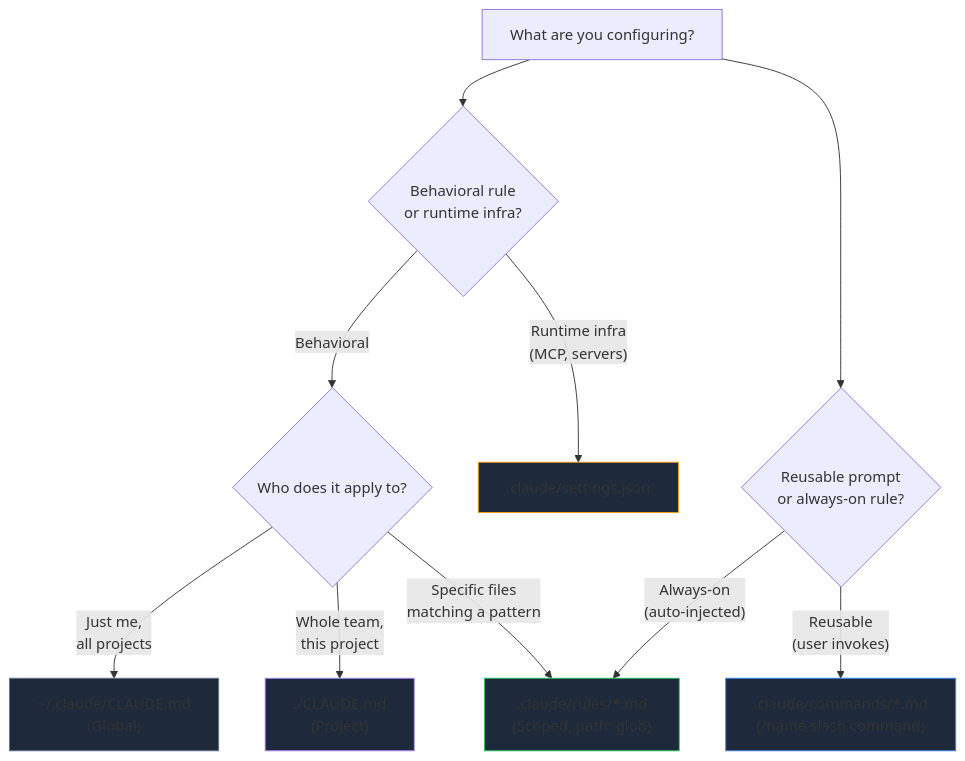
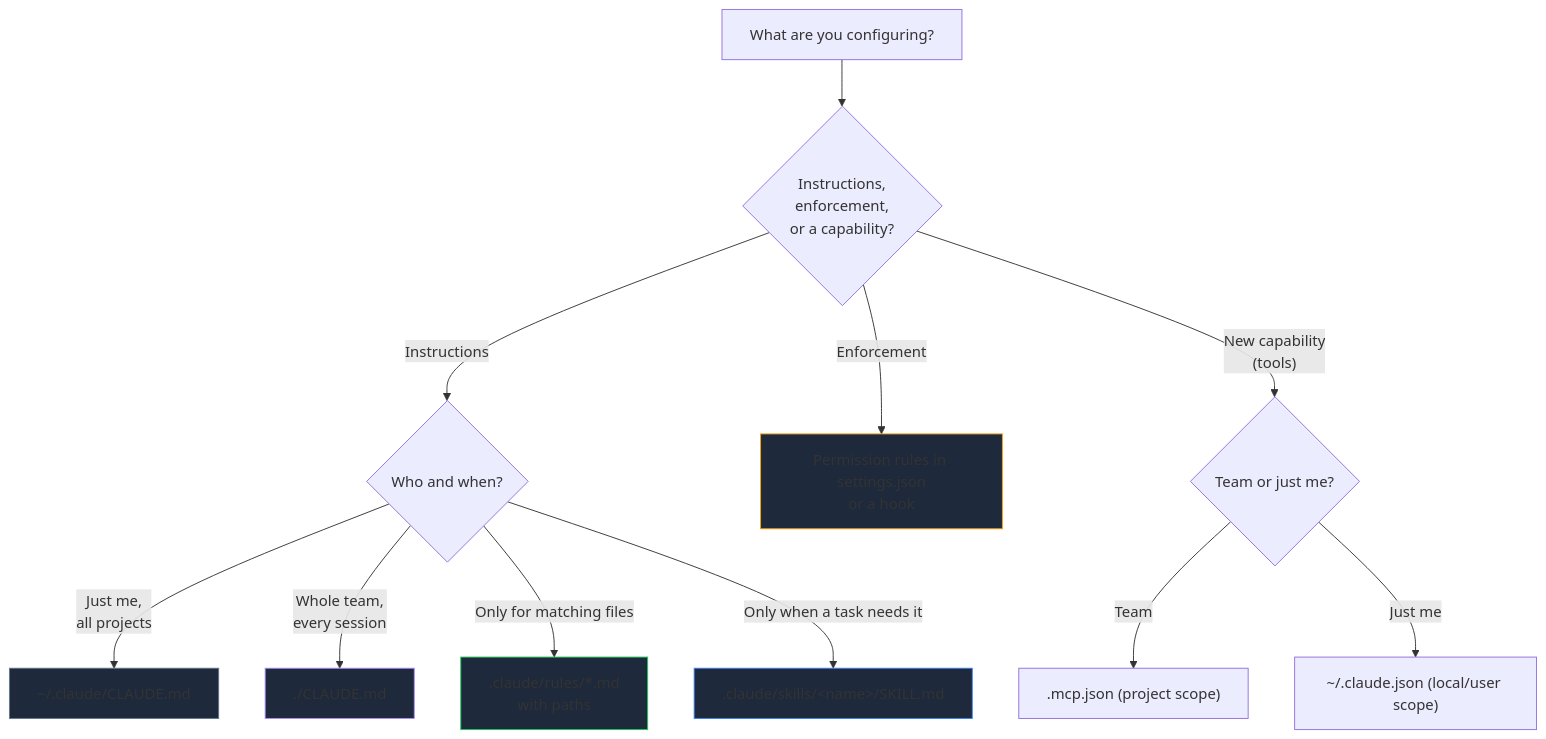
The second of 3 diagrams in content/skillup/ccaf/notes/d2-claude-code-config.md (ajeetchouksey/ajch_skillup), drawn with Mermaid before and after one commit. The commit also changed other lines of this file and 157 other files, not shown here.

````diff
--- a/content/skillup/ccaf/notes/d2-claude-code-config.md
+++ b/content/skillup/ccaf/notes/d2-claude-code-config.md
@@ -540,20 +415,20 @@
 ```mermaid
 flowchart TD
-    Q["What are you configuring?"] --> B1{"Behavioral rule<br/>or runtime infra?"}
-    B1 -->|"Behavioral"| B2{"Who does it apply to?"}
-    B1 -->|"Runtime infra<br/>(MCP, servers)"| CF[".claude/settings.json"]
-    
-    B2 -->|"Just me,<br/>all projects"| GL["~/.claude/CLAUDE.md<br/>(Global)"]
-    B2 -->|"Whole team,<br/>this project"| PR["./CLAUDE.md<br/>(Project)"]
-    B2 -->|"Specific files<br/>matching a pattern"| SC[".claude/rules/*.md<br/>(Scoped, path: glob)"]
-    
-    Q --> R{"Reusable prompt<br/>or always-on rule?"}
-    R -->|"Reusable<br/>(user invokes)"| CMD[".claude/commands/*.md<br/>(/name slash command)"]
-    R -->|"Always-on<br/>(auto-injected)"| SC
-    
-    style CF fill:#1e293b,stroke:#f59e0b
+    Q["What are you configuring?"] --> B1{"Instructions,<br/>enforcement,<br/>or a capability?"}
+    B1 -->|"Instructions"| B2{"Who and when?"}
+    B1 -->|"Enforcement"| EN["Permission rules in settings.json<br/>or a hook"]
+    B1 -->|"New capability<br/>(tools)"| CF{"Team or just me?"}
+    CF -->|"Team"| MJ[".mcp.json (project scope)"]
+    CF -->|"Just me"| UJ["~/.claude.json (local/user scope)"]
+
+    B2 -->|"Just me,<br/>all projects"| GL["~/.claude/CLAUDE.md"]
+    B2 -->|"Whole team,<br/>every session"| PR["./CLAUDE.md"]
+    B2 -->|"Only for matching files"| SC[".claude/rules/*.md<br/>with paths"]
+    B2 -->|"Only when a task needs it"| SK[".claude/skills/&lt;name&gt;/SKILL.md"]
+
+    style EN fill:#1e293b,stroke:#f59e0b
     style GL fill:#1e293b,stroke:#64748b
     style PR fill:#1e293b,stroke:#a78bfa
     style SC fill:#1e293b,stroke:#22c55e
-    style CMD fill:#1e293b,stroke:#3b82f6
+    style SK fill:#1e293b,stroke:#3b82f6
 ```
````
